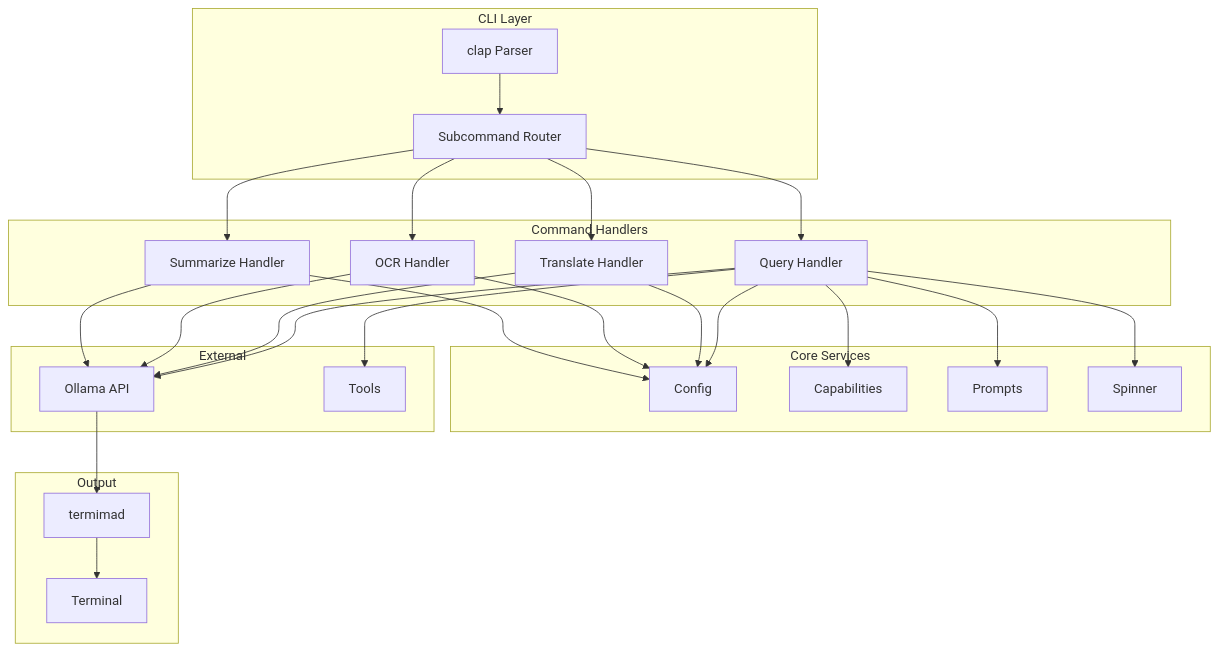
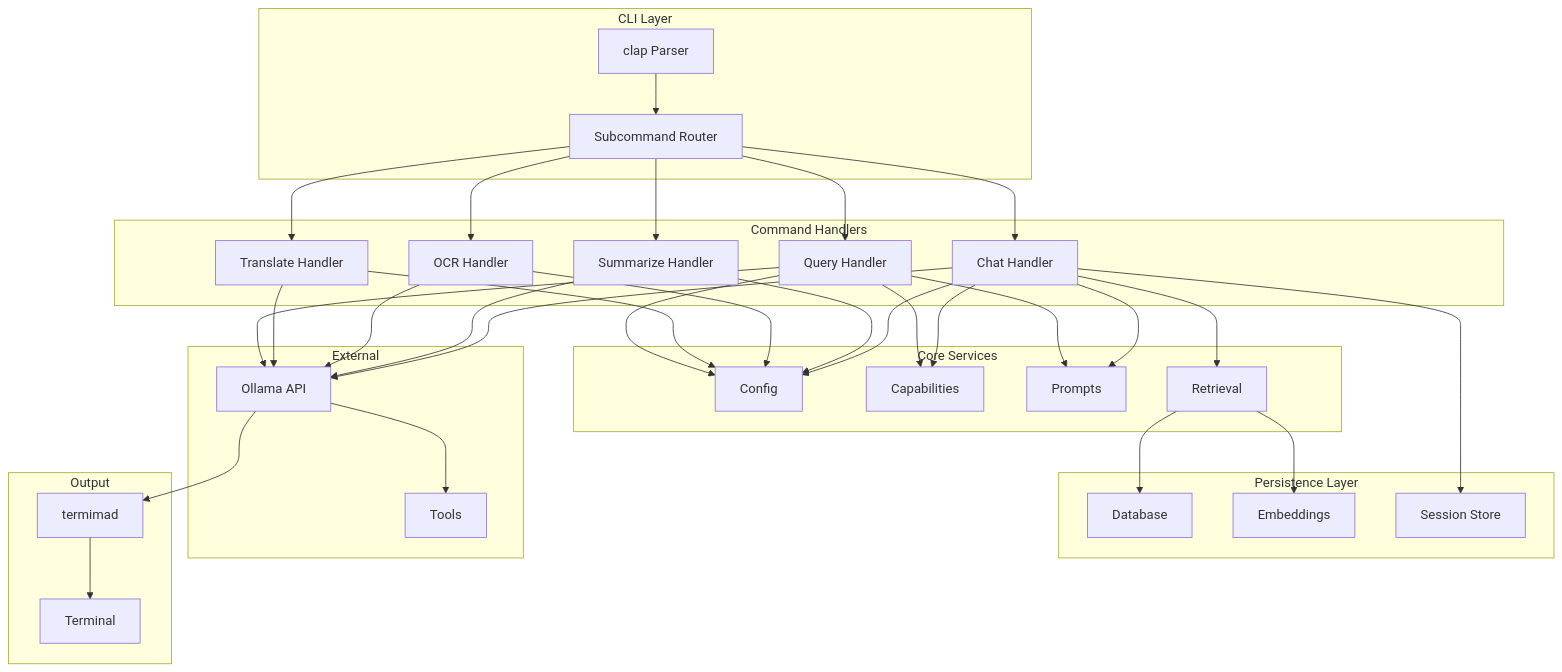
Before and after one commit to luksamuk/sprachspiel: the first of 7 diagrams in doc/src/development/architecture.md, drawn with Mermaid. The commit also changed other lines of this file and 41 other files, not shown here.

````diff
--- a/doc/src/development/architecture.md
+++ b/doc/src/development/architecture.md
@@ -11,36 +11,47 @@
 ```mermaid
 graph TB
     subgraph CLI["CLI Layer"]
         A[clap Parser] --> B[Subcommand Router]
     end
 
     subgraph Handlers["Command Handlers"]
         B --> C[Query Handler]
         B --> D[Translate Handler]
         B --> E[OCR Handler]
         B --> F[Summarize Handler]
+        B --> G[Chat Handler]
     end
 
     subgraph Core["Core Services"]
-        C --> G[Config]
-        D --> G
-        E --> G
-        F --> G
-        C --> H[Capabilities]
-        C --> I[Prompts]
-        C --> J[Spinner]
+        C --> H[Config]
+        D --> H
+        E --> H
+        F --> H
+        G --> H
+        C --> I[Capabilities]
+        G --> I
+        C --> J[Prompts]
+        G --> J
+        G --> K[Retrieval]
+    end
+
+    subgraph Storage["Persistence Layer"]
+        K --> L[Database]
+        K --> M[Embeddings]
+        G --> N[Session Store]
     end
 
     subgraph External["External"]
-        C --> K[Ollama API]
-        D --> K
-        E --> K
-        F --> K
-        C --> L[Tools]
+        C --> O[Ollama API]
+        D --> O
+        E --> O
+        F --> O
+        G --> O
+        O --> P[Tools]
     end
 
     subgraph Output["Output"]
-        K --> M[termimad]
-        M --> N[Terminal]
+        O --> Q[termimad]
+        Q --> R[Terminal]
     end
 ```
````
